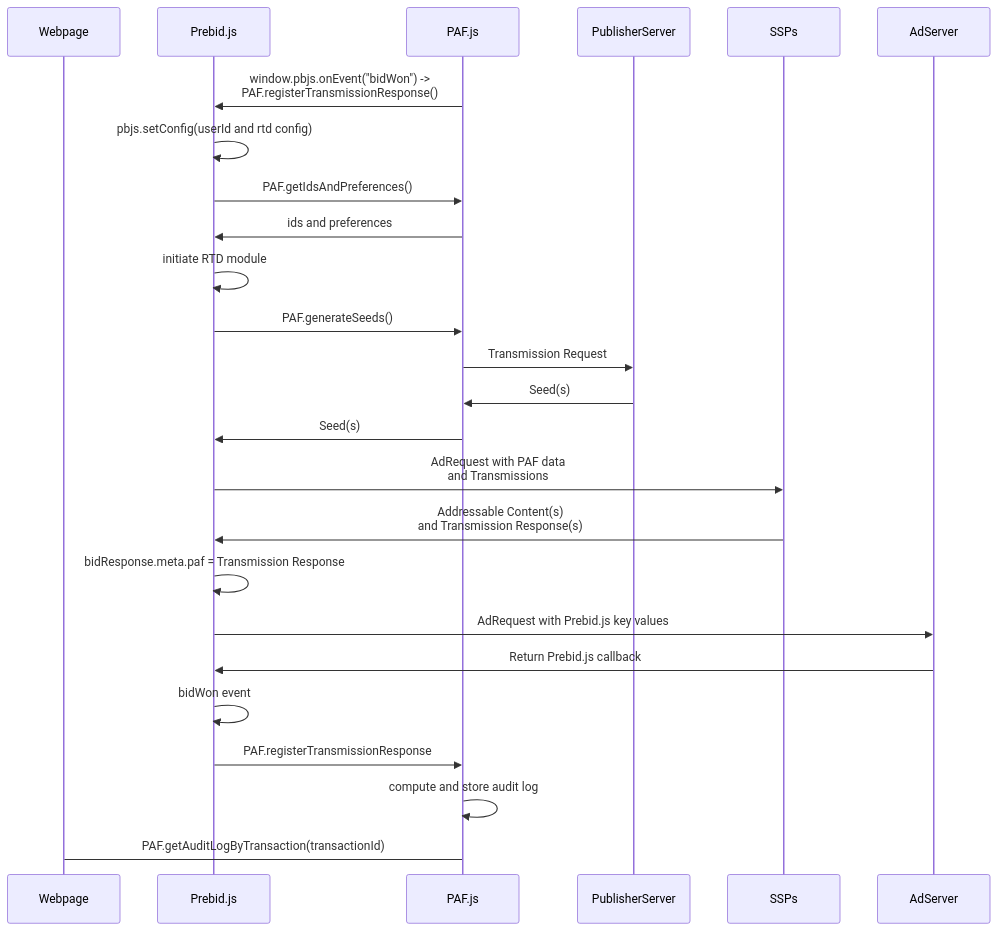
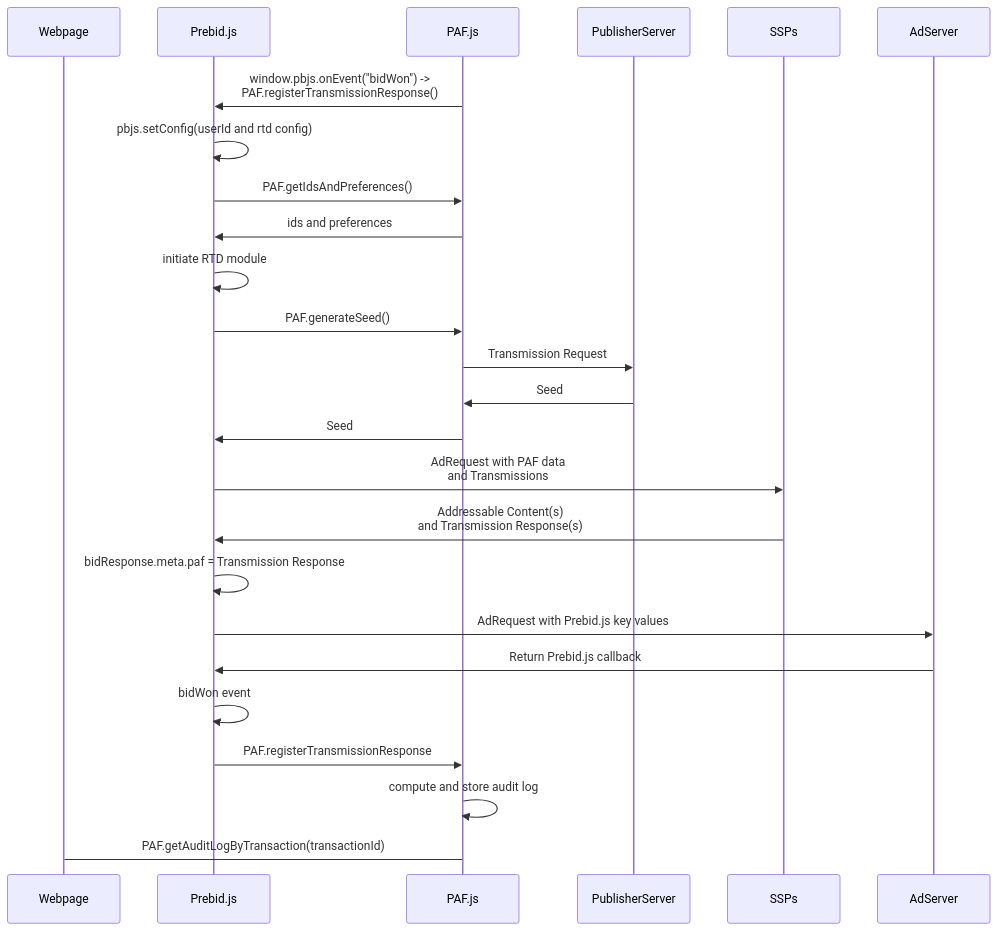
Before and after one commit to OneKey-Network/addressability-framework: the diagram in mvp-spec/partials/prebid-browser-flow.mmd, drawn with Mermaid. The commit also changed 1 other file, not shown here.

Commit message:
Fix typos in prebid-implementation.md (#150)

```diff
--- a/mvp-spec/partials/prebid-browser-flow.mmd
+++ b/mvp-spec/partials/prebid-browser-flow.mmd
@@ -1,26 +1,26 @@
 sequenceDiagram
     participant Webpage
     participant Prebid.js
     participant PAF.js
     participant PublisherServer
     participant SSPs
     participant AdServer
 
     PAF.js->>Prebid.js: window.pbjs.onEvent("bidWon") -><br />PAF.registerTransmissionResponse()
     Prebid.js->>Prebid.js: pbjs.setConfig(userId and rtd config)
     Prebid.js->>PAF.js: PAF.getIdsAndPreferences()
     PAF.js->>Prebid.js: ids and preferences
     Prebid.js->>Prebid.js: initiate RTD module
-    Prebid.js->>PAF.js: PAF.generateSeeds()
+    Prebid.js->>PAF.js: PAF.generateSeed()
     PAF.js->>PublisherServer: Transmission Request
-    PublisherServer->>PAF.js: Seed(s)
-    PAF.js->>Prebid.js: Seed(s)
+    PublisherServer->>PAF.js: Seed
+    PAF.js->>Prebid.js: Seed
     Prebid.js->>SSPs: AdRequest with PAF data<br /> and Transmissions
     SSPs->>Prebid.js: Addressable Content(s) <br />and Transmission Response(s)
     Prebid.js->>Prebid.js: bidResponse.meta.paf = Transmission Response
     Prebid.js->>AdServer: AdRequest with Prebid.js key values
     AdServer->>Prebid.js: Return Prebid.js callback
     Prebid.js->>Prebid.js: bidWon event
     Prebid.js->>PAF.js: PAF.registerTransmissionResponse
     PAF.js->>PAF.js: compute and store audit log
     Webpage->PAF.js: PAF.getAuditLogByTransaction(transactionId)
```
